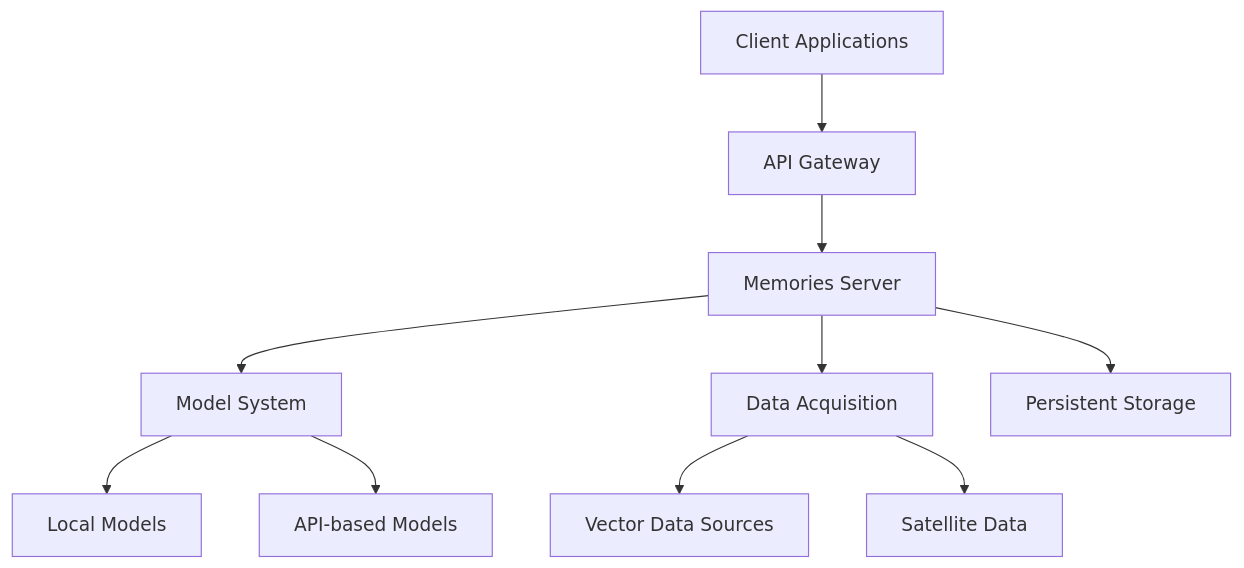
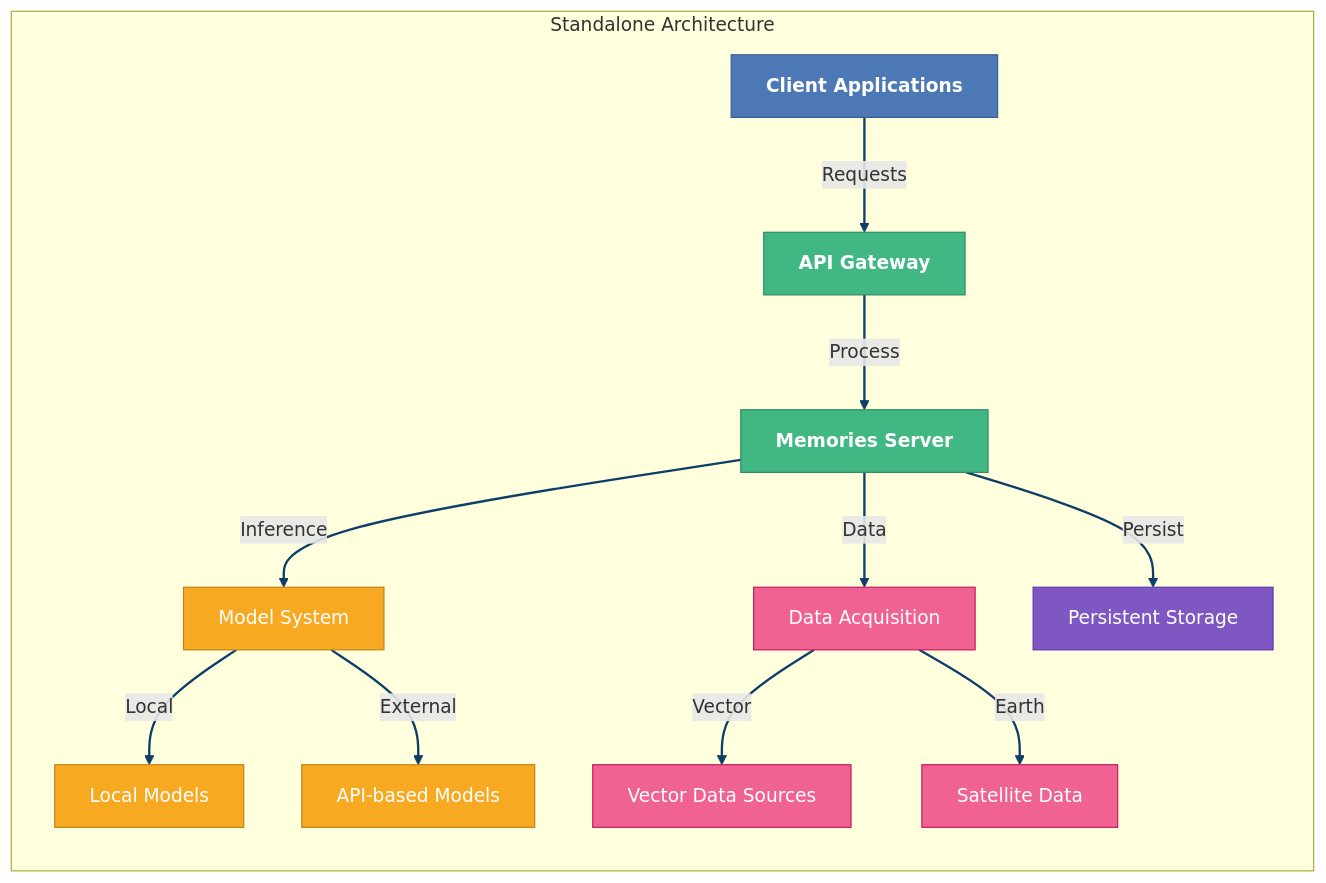
One commit to Vortx-AI/memories-dev changed the fifth of 7 diagrams in README.md. Above: the diagram before and after it, drawn with Mermaid. The commit also changed other lines of this file, not shown here.

Commit message:
Enhance Mermaid diagrams with improved styling, flow indicators, and visual hierarchy

````diff
--- a/README.md
+++ b/README.md
@@ -404,12 +427,31 @@
 ```mermaid
+%%{init: { 'theme': 'default', 'themeVariables': { 'primaryColor': '#0F4C81', 'primaryTextColor': '#fff', 'primaryBorderColor': '#0D3E69', 'lineColor': '#0D3E69', 'secondaryColor': '#41B883', 'tertiaryColor': '#F7A922' } }}%%
 graph TD
-    Client[Client Applications] --> API[API Gateway]
-    API --> Server[Memories Server]
-    Server --> Models[Model System]
-    Server --> DataAcq[Data Acquisition]
-    Models --> LocalModels[Local Models]
-    Models --> APIModels[API-based Models]
-    DataAcq --> VectorData[Vector Data Sources]
-    DataAcq --> SatelliteData[Satellite Data]
-    Server --> Storage[Persistent Storage]
+    subgraph Architecture["Standalone Architecture"]
+        direction TB
+        
+        Client[Client Applications] -->|"Requests"| API[API Gateway]
+        API -->|"Process"| Server[Memories Server]
+        Server -->|"Inference"| Models[Model System]
+        Server -->|"Data"| DataAcq[Data Acquisition]
+        Models -->|"Local"| LocalModels[Local Models]
+        Models -->|"External"| APIModels[API-based Models]
+        DataAcq -->|"Vector"| VectorData[Vector Data Sources]
+        DataAcq -->|"Earth"| SatelliteData[Satellite Data]
+        Server -->|"Persist"| Storage[Persistent Storage]
+    end
+    
+    classDef client fill:#4C78B5,stroke:#3A5D8C,color:white,font-weight:bold,rounded:true
+    classDef server fill:#41B883,stroke:#2D8A64,color:white,font-weight:bold,rounded:true
+    classDef model fill:#F7A922,stroke:#BF821A,color:white,rounded:true
+    classDef data fill:#F06292,stroke:#C2185B,color:white,rounded:true
+    classDef storage fill:#7E57C2,stroke:#5E35B1,color:white,rounded:true
+    
+    class Client client
+    class API,Server server
+    class Models,LocalModels,APIModels model
+    class DataAcq,VectorData,SatelliteData data
+    class Storage storage
+    
+    linkStyle default stroke-width:2px,fill:none,curve:basis
 ```
````
